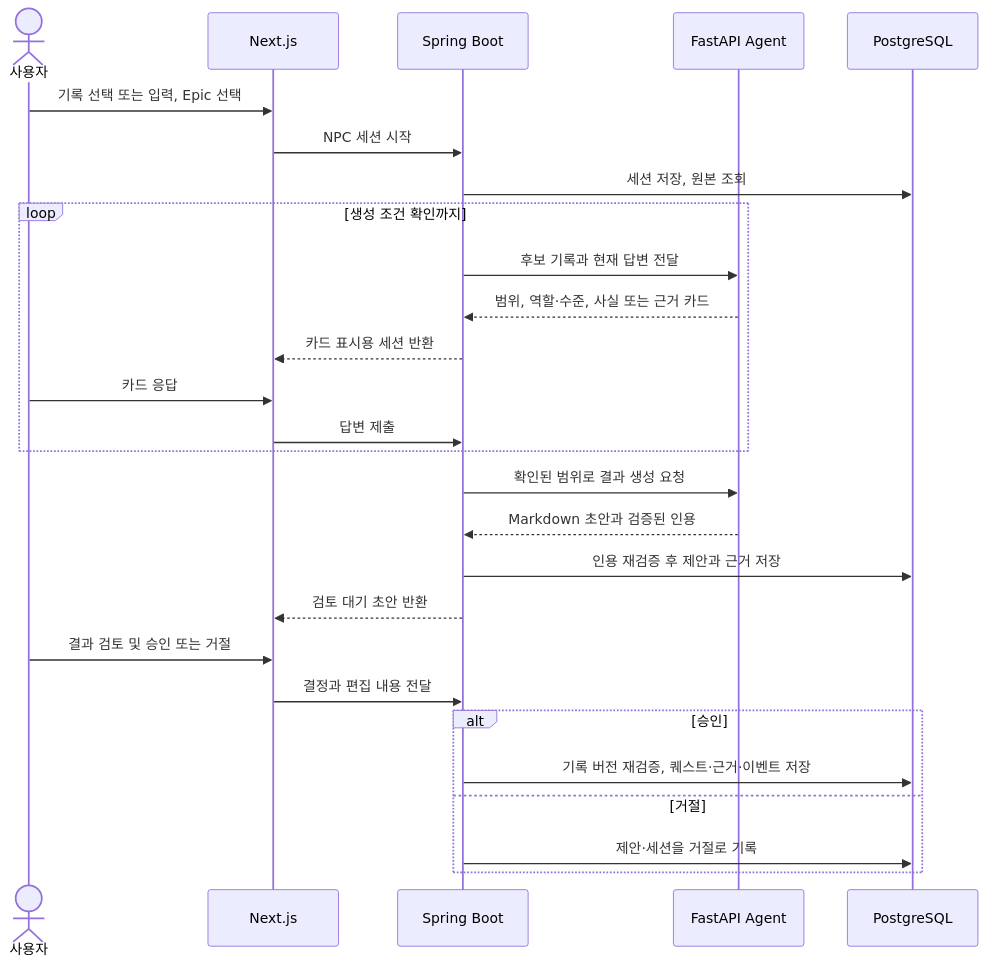
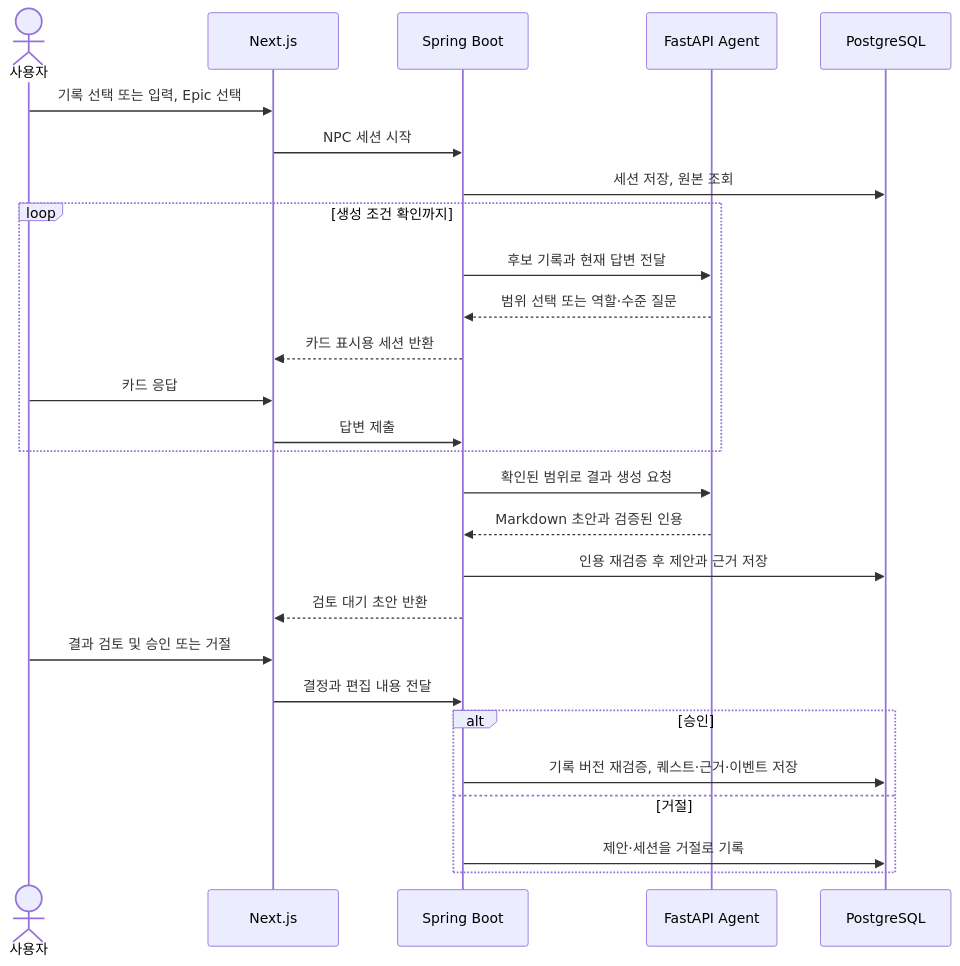
One commit to skllkslk/recalnote-mvp changed the second of 2 diagrams in README.md. Above: the diagram before and after it, drawn with Mermaid. The commit also changed other lines of this file and 4 other files, not shown here.

````diff
--- a/README.md
+++ b/README.md
@@ -39,30 +39,30 @@
 ```mermaid
 sequenceDiagram
     actor User as 사용자
     participant Web as Next.js
     participant Core as Spring Boot
     participant Agent as FastAPI Agent
     participant DB as PostgreSQL
 
     User->>Web: 기록 선택 또는 입력, Epic 선택
     Web->>Core: NPC 세션 시작
     Core->>DB: 세션 저장, 원본 조회
     loop 생성 조건 확인까지
         Core->>Agent: 후보 기록과 현재 답변 전달
-        Agent-->>Core: 범위, 역할·수준, 사실 또는 근거 카드
+        Agent-->>Core: 범위 선택 또는 역할·수준 질문
         Core-->>Web: 카드 표시용 세션 반환
         User->>Web: 카드 응답
         Web->>Core: 답변 제출
     end
     Core->>Agent: 확인된 범위로 결과 생성 요청
     Agent-->>Core: Markdown 초안과 검증된 인용
     Core->>DB: 인용 재검증 후 제안과 근거 저장
     Core-->>Web: 검토 대기 초안 반환
     User->>Web: 결과 검토 및 승인 또는 거절
     Web->>Core: 결정과 편집 내용 전달
     alt 승인
         Core->>DB: 기록 버전 재검증, 퀘스트·근거·이벤트 저장
     else 거절
         Core->>DB: 제안·세션을 거절로 기록
     end
 ```
````
